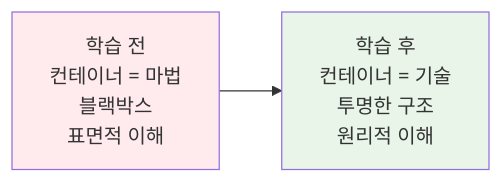
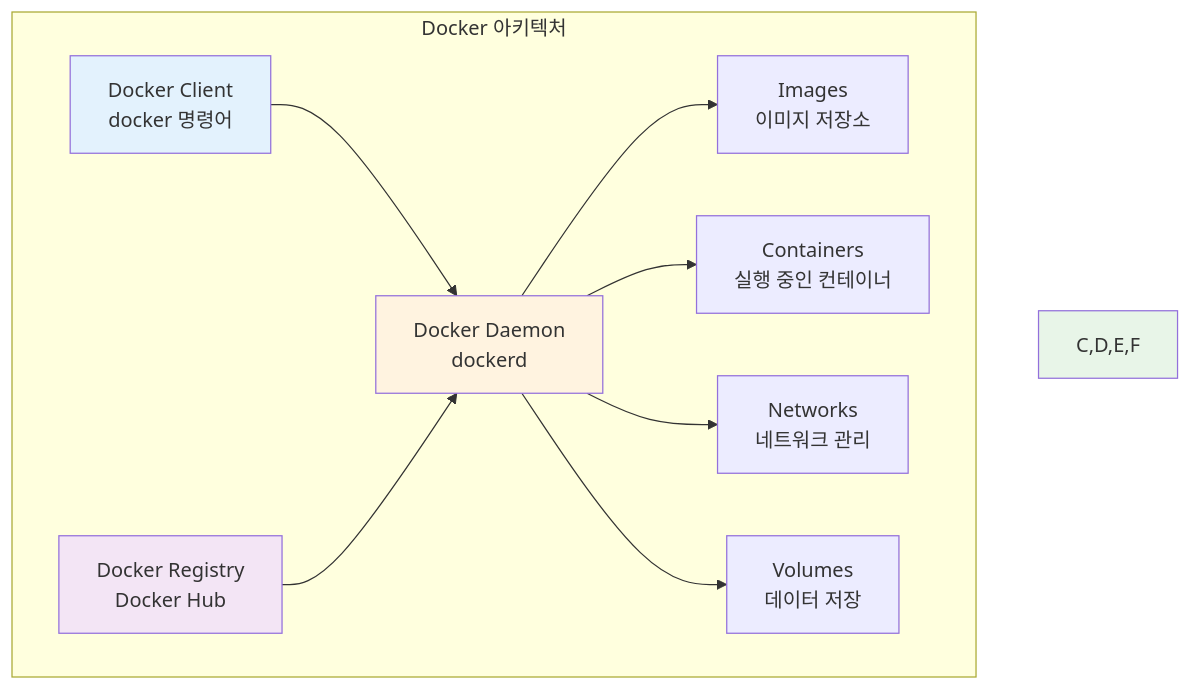
One commit to niceguy61/kdt_devops_lecture_2025 changed the first of 3 diagrams in theory/week_01/day2/session_2.md. Above: the diagram before and after it, drawn with Mermaid. The commit also changed other lines of this file and 26 other files, not shown here.

````diff
--- a/theory/week_01/day2/session_2.md
+++ b/theory/week_01/day2/session_2.md
@@ -35,7 +44,17 @@
 ```mermaid
-graph LR
-    A[학습 전<br/>컨테이너 = 마법<br/>블랙박스<br/>표면적 이해] --> B[학습 후<br/>컨테이너 = 기술<br/>투명한 구조<br/>원리적 이해]
+graph TB
+    subgraph "Docker 아키텍처"
+        A[Docker Client<br/>docker 명령어] --> B[Docker Daemon<br/>dockerd]
+        B --> C[Images<br/>이미지 저장소]
+        B --> D[Containers<br/>실행 중인 컨테이너]
+        B --> E[Networks<br/>네트워크 관리]
+        B --> F[Volumes<br/>데이터 저장]
+        
+        G[Docker Registry<br/>Docker Hub] --> B
+    end
     
-    style A fill:#ffebee
-    style B fill:#e8f5e8
+    style A fill:#e3f2fd
+    style B fill:#fff3e0
+    style C,D,E,F fill:#e8f5e8
+    style G fill:#f3e5f5
 ```
````
